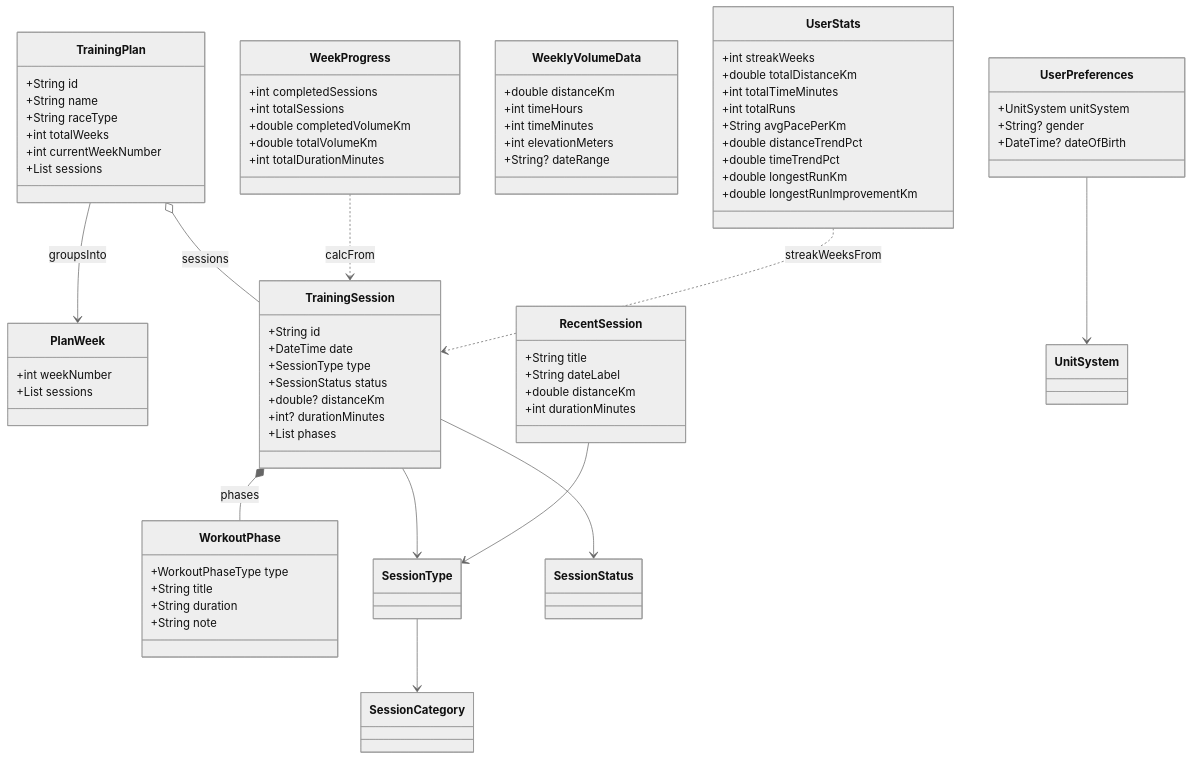
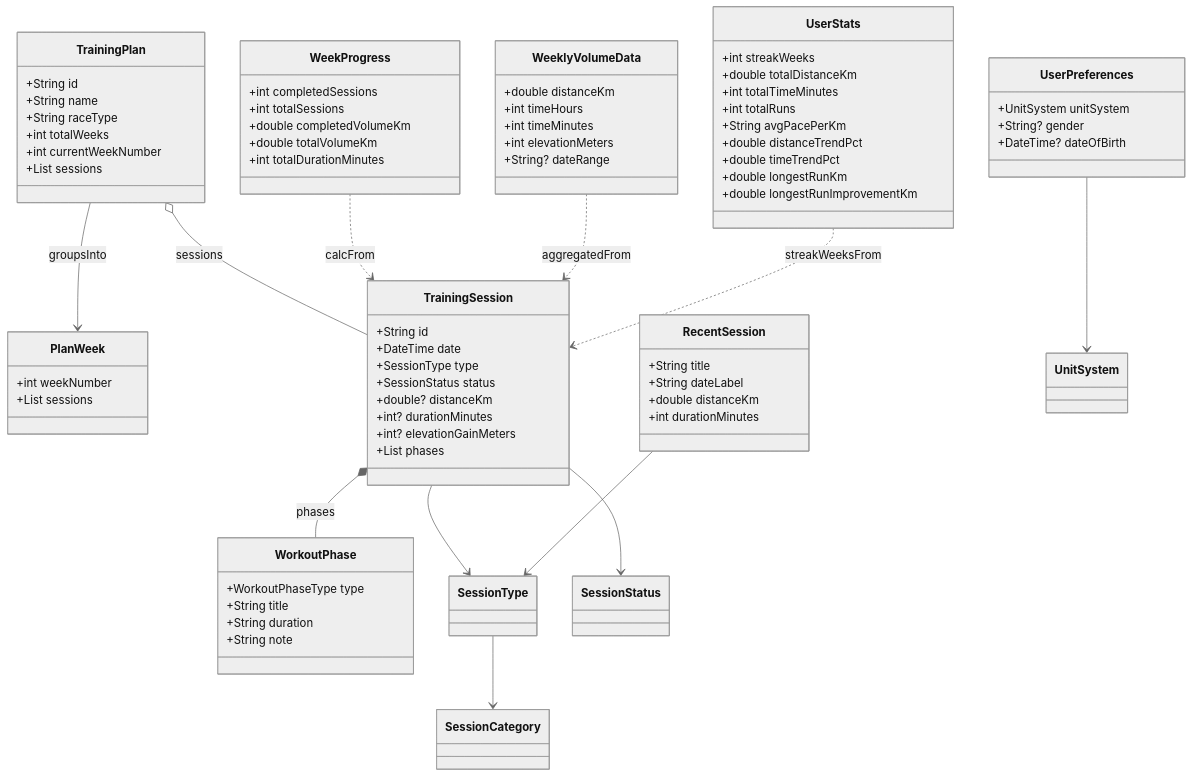
The diagram in docs/data-models.md (DavidGD616/Running-app), drawn with Mermaid (neutral theme) before and after one commit. The commit also changed other lines of this file and 7 other files, not shown here.

Commit message:
feat: track weekly elevation and modernize smoke test

````diff
--- a/docs/data-models.md
+++ b/docs/data-models.md
@@ -19,6 +19,7 @@
   +SessionStatus status
   +double? distanceKm
   +int? durationMinutes
+  +int? elevationGainMeters
   +List<WorkoutPhase> phases
 }
 class WorkoutPhase {
@@ -77,6 +78,7 @@
 WeekProgress ..> TrainingSession : calcFrom
 RecentSession --> SessionType
 UserPreferences --> UnitSystem
+WeeklyVolumeData ..> TrainingSession : aggregatedFrom
 UserStats ..> TrainingSession : streakWeeksFrom
 
 ```
````
